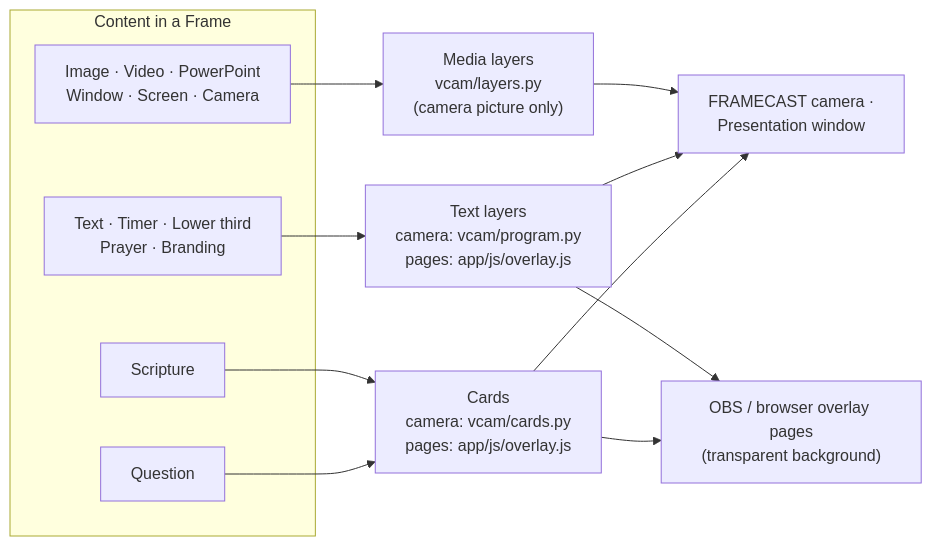
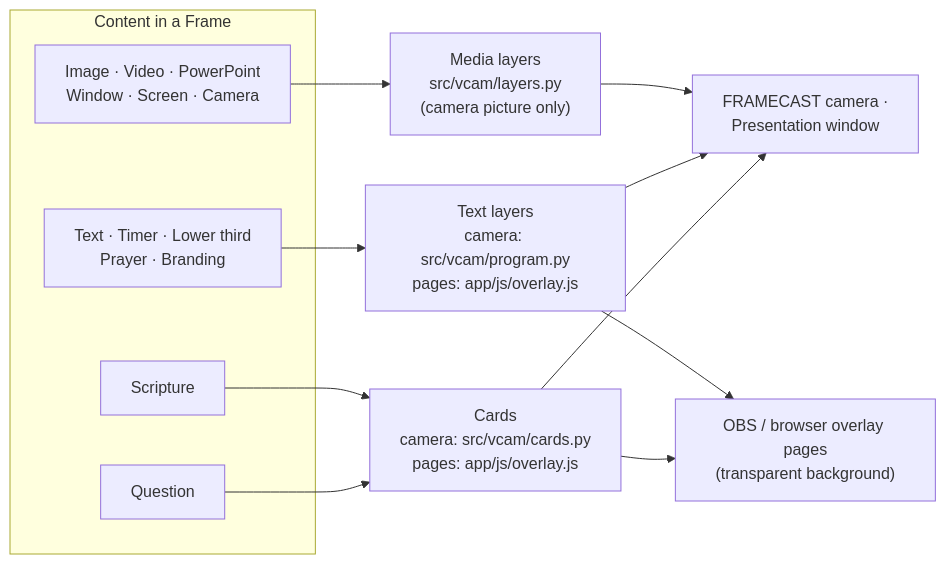
The sixth of 8 diagrams in docs/ARCHITECTURE.md (mshobin/FrameDecks), drawn with Mermaid before and after one commit. The commit also changed other lines of this file and 57 other files, not shown here.

````diff
--- a/docs/ARCHITECTURE.md
+++ b/docs/ARCHITECTURE.md
@@ -198,18 +198,18 @@
 ```mermaid
 flowchart LR
   subgraph Kinds["Content in a Frame"]
     Q["Question"]
     S["Scripture"]
     T["Text · Timer · Lower third<br/>Prayer · Branding"]
     M["Image · Video · PowerPoint<br/>Window · Screen · Camera"]
   end
-  Q --> C1["Cards<br/>camera: vcam/cards.py<br/>pages: app/js/overlay.js"]
+  Q --> C1["Cards<br/>camera: src/vcam/cards.py<br/>pages: app/js/overlay.js"]
   S --> C1
-  T --> C2["Text layers<br/>camera: vcam/program.py<br/>pages: app/js/overlay.js"]
-  M --> C3["Media layers<br/>vcam/layers.py<br/>(camera picture only)"]
+  T --> C2["Text layers<br/>camera: src/vcam/program.py<br/>pages: app/js/overlay.js"]
+  M --> C3["Media layers<br/>src/vcam/layers.py<br/>(camera picture only)"]
   C1 --> OUT1["FRAMECAST camera ·<br/>Presentation window"]
   C2 --> OUT1
   C3 --> OUT1
   C1 --> OUT2["OBS / browser overlay pages<br/>(transparent background)"]
   C2 --> OUT2
 ```
````
